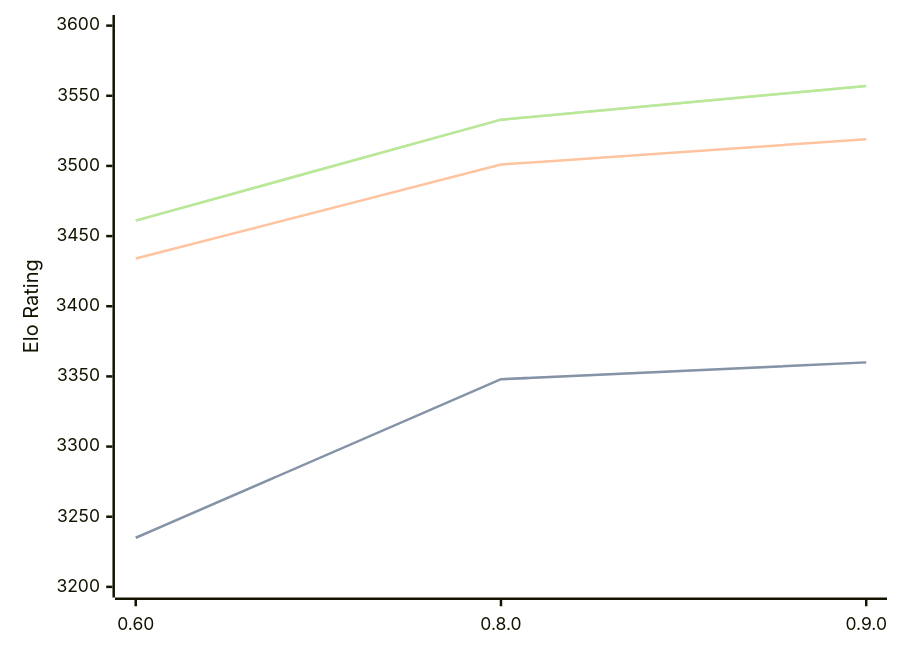
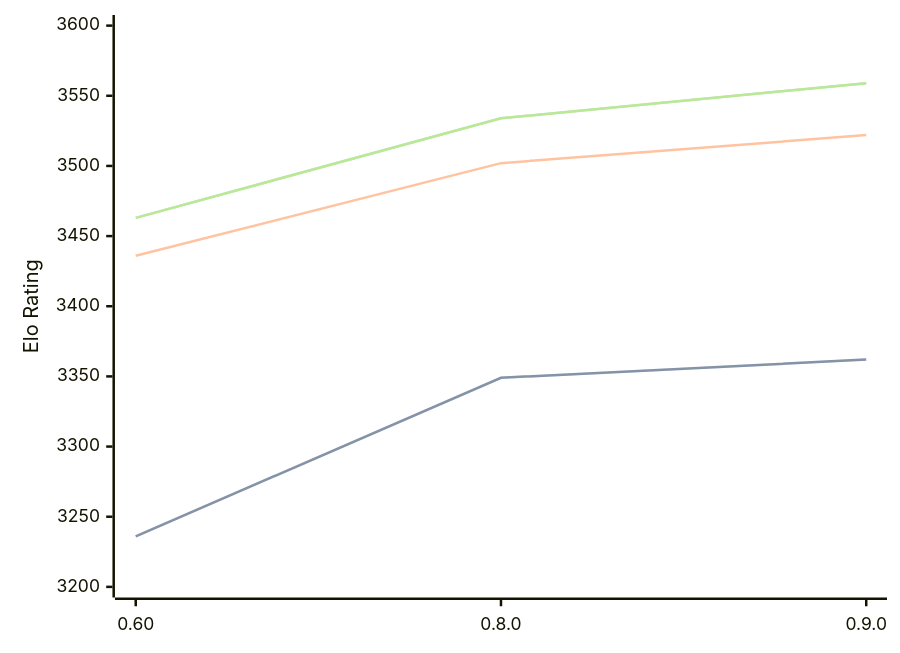
The diagram in engines/Motor.md (computer-chess-index/cci), drawn with Mermaid before and after one commit. The commit also changed other lines of this file, not shown here.

Commit message:
Update CCI Ratings (ELO VLTC) - 2026-03-29

````diff
--- a/engines/Motor.md
+++ b/engines/Motor.md
@@ -39,11 +39,11 @@
 ```mermaid
 %%{init: {"theme":"base","themeVariables":{"seriesColors:['#a3a3a3','#222221','#faa371']}}}%%
 xychart-beta
   x-axis ["0.60", "0.8.0", "0.9.0"]
   y-axis "Elo Rating" 3200 --> 3600
-  line "STC (8.0+0.08s)" [3235, 3348, 3360]
-  line "STC (8.0+0.08s)" [3235, 3348, 3360]
-  line "LTC (60.0+0.60s)" [3434, 3501, 3519]
-  line "VLTC (2m24s+1.12s)" [3461, 3533, 3557]
-  line "VLTC (2m24s+1.12s)" [3461, 3533, 3557]
+  line "STC (8.0+0.08s)" [3236, 3349, 3362]
+  line "STC (8.0+0.08s)" [3236, 3349, 3362]
+  line "LTC (60.0+0.60s)" [3436, 3502, 3522]
+  line "VLTC (2m24s+1.12s)" [3463, 3534, 3559]
+  line "VLTC (2m24s+1.12s)" [3463, 3534, 3559]
 ```
````
